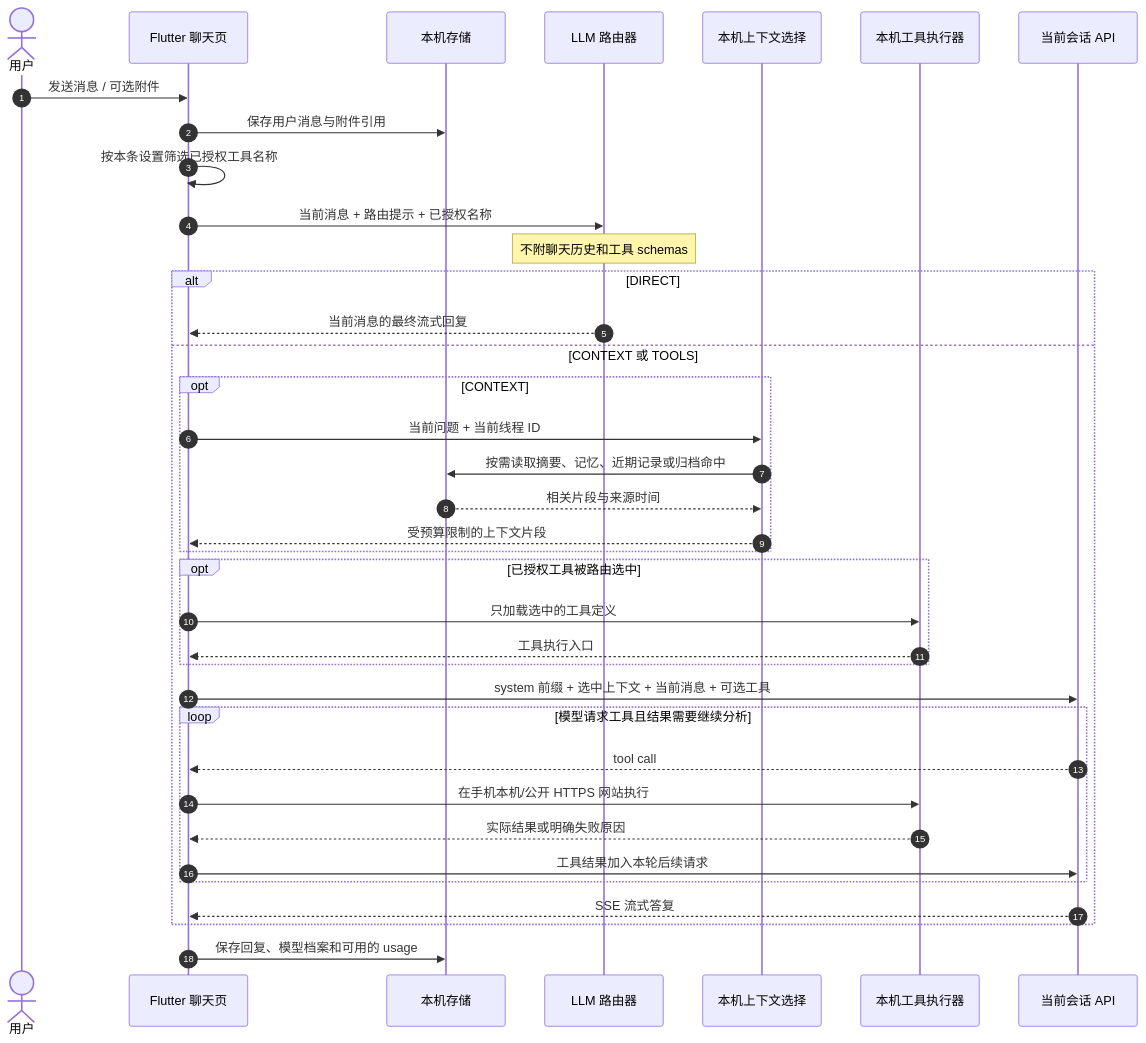
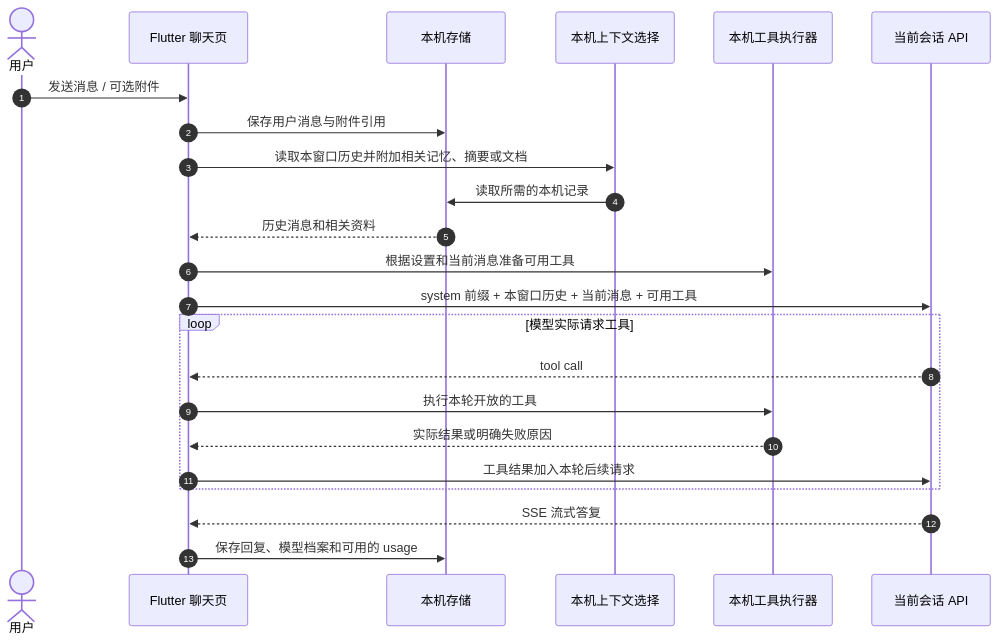
Before and after one commit to SymbioticUniverse/Cwhale-: the second of 5 diagrams in README.md, drawn with Mermaid. The commit also changed other lines of this file and 40 other files, not shown here.

````diff
--- a/README.md
+++ b/README.md
@@ -83,40 +84,26 @@
 ```mermaid
 sequenceDiagram
   autonumber
   actor U as 用户
   participant UI as Flutter 聊天页
   participant Store as 本机存储
-  participant Router as LLM 路由器
   participant Recall as 本机上下文选择
   participant Tool as 本机工具执行器
   participant API as 当前会话 API
 
   U->>UI: 发送消息 / 可选附件
   UI->>Store: 保存用户消息与附件引用
-  UI->>UI: 按本条设置筛选已授权工具名称
-  UI->>Router: 当前消息 + 路由提示 + 已授权名称
-  Note over Router: 不附聊天历史和工具 schemas
-  alt DIRECT
-    Router-->>UI: 当前消息的最终流式回复
-  else CONTEXT 或 TOOLS
-    opt CONTEXT
-      UI->>Recall: 当前问题 + 当前线程 ID
-      Recall->>Store: 按需读取摘要、记忆、近期记录或归档命中
-      Store-->>Recall: 相关片段与来源时间
-      Recall-->>UI: 受预算限制的上下文片段
-    end
-    opt 已授权工具被路由选中
-      UI->>Tool: 只加载选中的工具定义
-      Tool-->>UI: 工具执行入口
-    end
-    UI->>API: system 前缀 + 选中上下文 + 当前消息 + 可选工具
-    loop 模型请求工具且结果需要继续分析
-      API-->>UI: tool call
-      UI->>Tool: 在手机本机/公开 HTTPS 网站执行
-      Tool-->>UI: 实际结果或明确失败原因
-      UI->>API: 工具结果加入本轮后续请求
-    end
-    API-->>UI: SSE 流式答复
+  UI->>Recall: 读取本窗口历史并附加相关记忆、摘要或文档
+  Recall->>Store: 读取所需的本机记录
+  Store-->>UI: 历史消息和相关资料
+  UI->>Tool: 根据设置和当前消息准备可用工具
+  UI->>API: system 前缀 + 本窗口历史 + 当前消息 + 可用工具
+  loop 模型实际请求工具
+    API-->>UI: tool call
+    UI->>Tool: 执行本轮开放的工具
+    Tool-->>UI: 实际结果或明确失败原因
+    UI->>API: 工具结果加入本轮后续请求
   end
+  API-->>UI: SSE 流式答复
   UI->>Store: 保存回复、模型档案和可用的 usage
 ```
````
